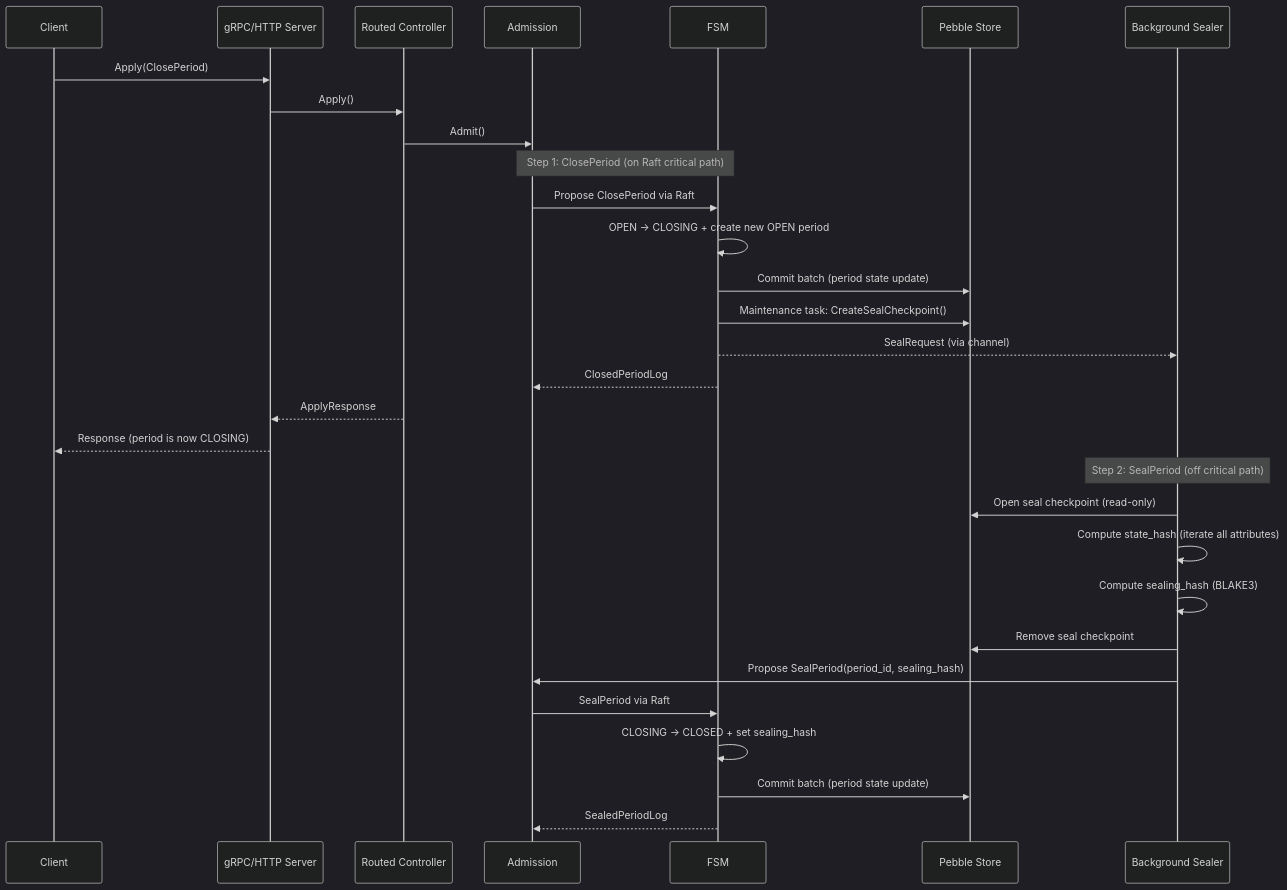
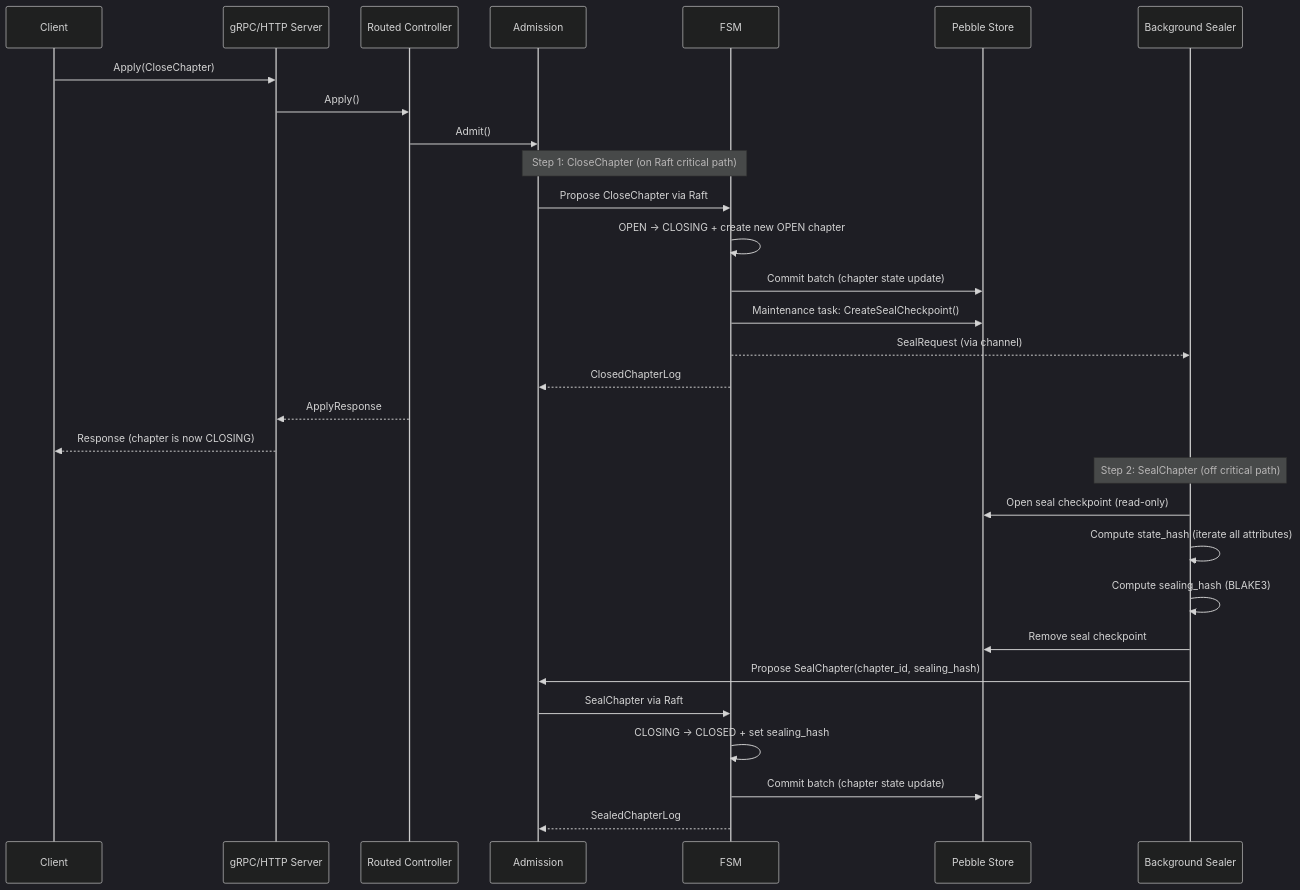
Before and after one commit to formancehq/ledger: diagram 11 of 11 in docs/technical/architecture/data-model/data-flows.md, drawn with Mermaid (dark theme). The commit also changed other lines of this file and 190 other files, not shown here.

First line of the commit message:
refactor: rename Period to Chapter across the codebase (#475)

````diff
--- a/docs/technical/architecture/data-model/data-flows.md
+++ b/docs/technical/architecture/data-model/data-flows.md
@@ -709,37 +709,37 @@
 ```mermaid
 sequenceDiagram
     participant Client
     participant API as gRPC/HTTP Server
     participant Ctrl as Routed Controller
     participant Admission
     participant FSM
     participant Store as Pebble Store
     participant Sealer as Background Sealer
 
-    Client->>API: Apply(ClosePeriod)
+    Client->>API: Apply(CloseChapter)
     API->>Ctrl: Apply()
     Ctrl->>Admission: Admit()
 
-    Note over Admission,FSM: Step 1: ClosePeriod (on Raft critical path)
-    Admission->>FSM: Propose ClosePeriod via Raft
-    FSM->>FSM: OPEN → CLOSING + create new OPEN period
-    FSM->>Store: Commit batch (period state update)
+    Note over Admission,FSM: Step 1: CloseChapter (on Raft critical path)
+    Admission->>FSM: Propose CloseChapter via Raft
+    FSM->>FSM: OPEN → CLOSING + create new OPEN chapter
+    FSM->>Store: Commit batch (chapter state update)
     FSM->>Store: Maintenance task: CreateSealCheckpoint()
     FSM-->>Sealer: SealRequest (via channel)
-    FSM-->>Admission: ClosedPeriodLog
+    FSM-->>Admission: ClosedChapterLog
 
     Ctrl-->>API: ApplyResponse
-    API-->>Client: Response (period is now CLOSING)
+    API-->>Client: Response (chapter is now CLOSING)
 
-    Note over Sealer: Step 2: SealPeriod (off critical path)
+    Note over Sealer: Step 2: SealChapter (off critical path)
     Sealer->>Store: Open seal checkpoint (read-only)
     Sealer->>Sealer: Compute state_hash (iterate all attributes)
     Sealer->>Sealer: Compute sealing_hash (BLAKE3)
     Sealer->>Store: Remove seal checkpoint
 
-    Sealer->>Admission: Propose SealPeriod(period_id, sealing_hash)
-    Admission->>FSM: SealPeriod via Raft
+    Sealer->>Admission: Propose SealChapter(chapter_id, sealing_hash)
+    Admission->>FSM: SealChapter via Raft
     FSM->>FSM: CLOSING → CLOSED + set sealing_hash
-    FSM->>Store: Commit batch (period state update)
-    FSM-->>Admission: SealedPeriodLog
+    FSM->>Store: Commit batch (chapter state update)
+    FSM-->>Admission: SealedChapterLog
 ```
````
